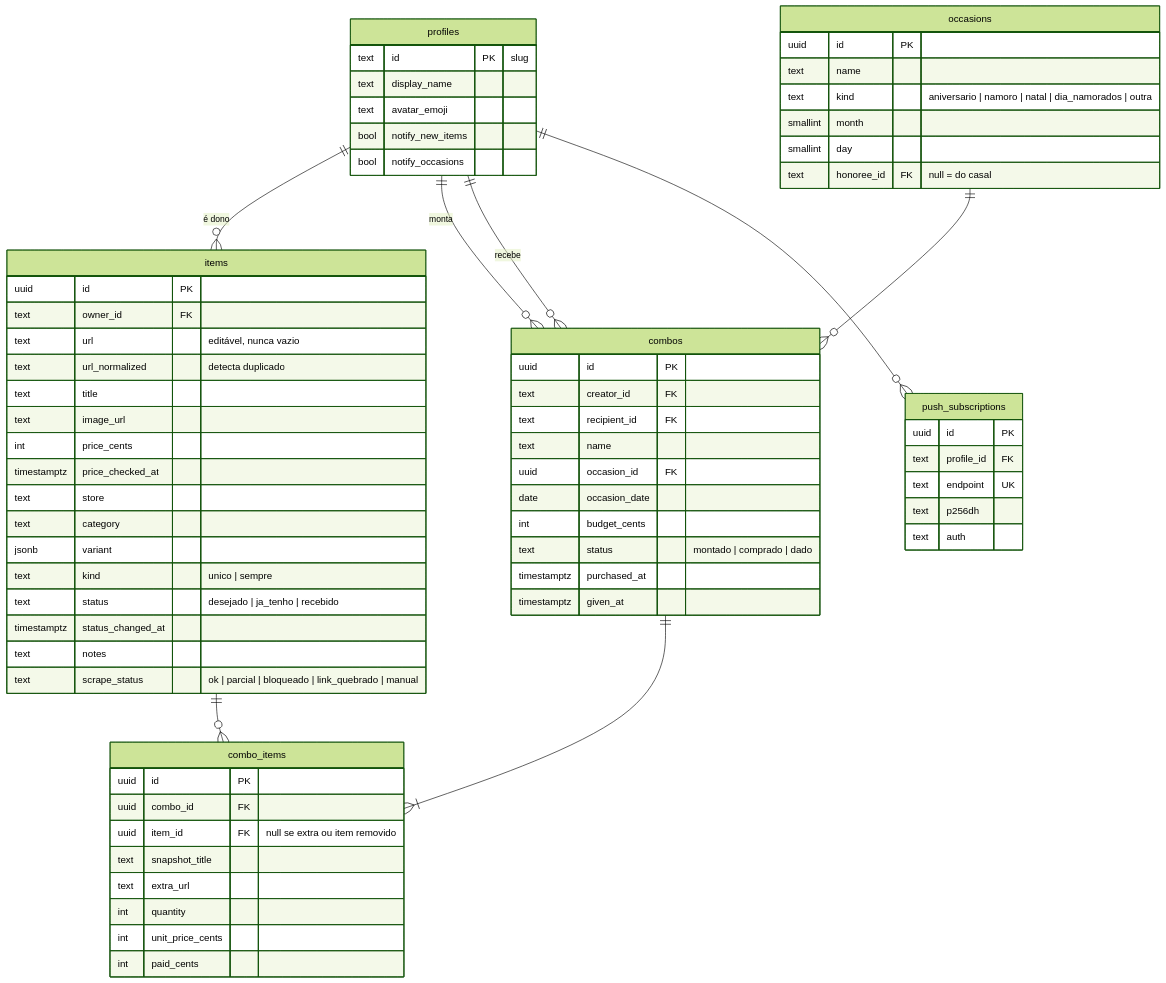
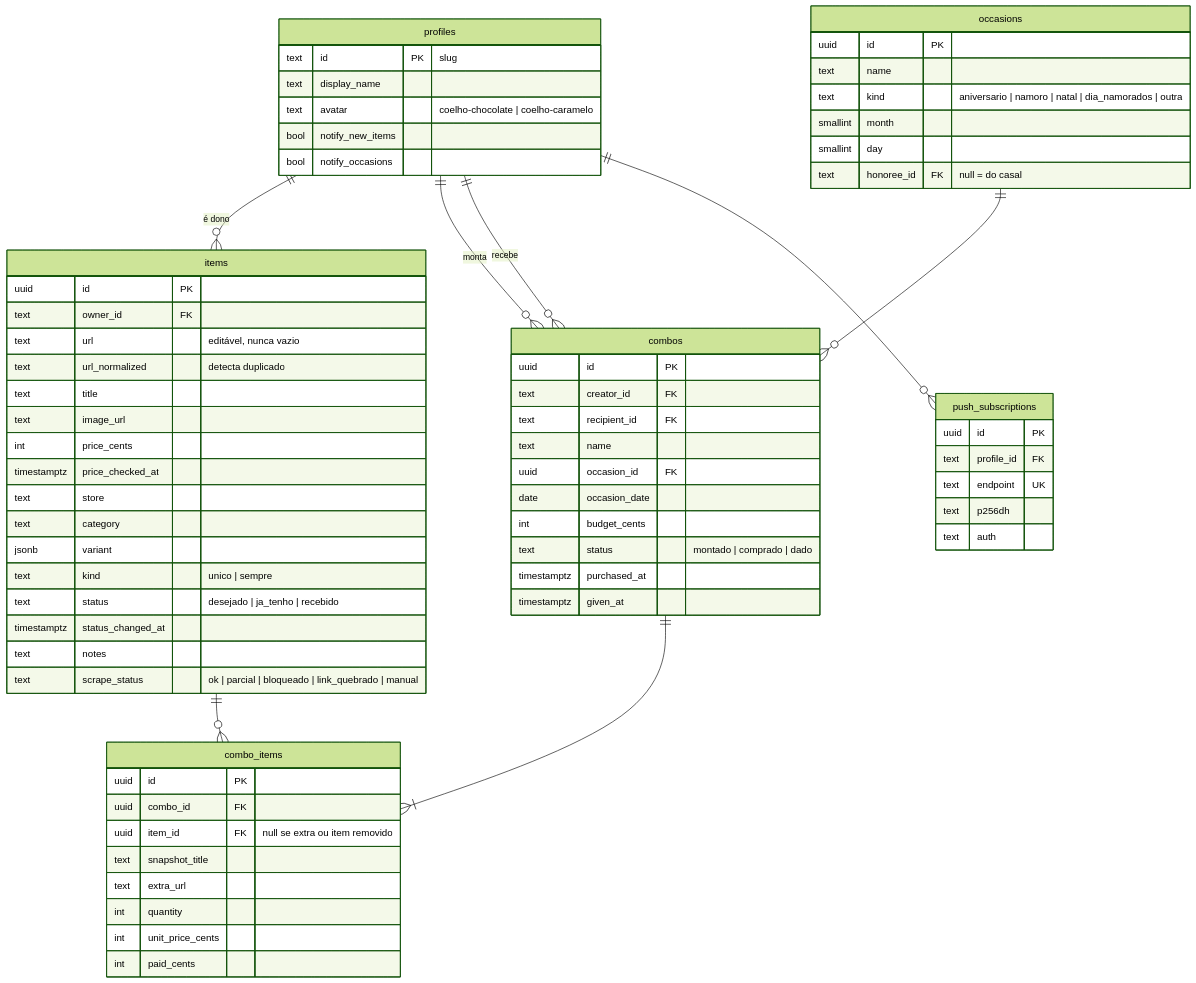
One commit to LauraPontara/love-wishlist changed the second of 3 diagrams in docs/arquitetura.md. Above: the diagram before and after it, drawn with Mermaid (forest theme). The commit also changed 3 other files, not shown here.

Commit message:
feat: avatares de coelho (chocolate e caramelo) e campo avatar no perfil

````diff
--- a/docs/arquitetura.md
+++ b/docs/arquitetura.md
@@ -59,73 +59,73 @@
 ```mermaid
 erDiagram
   profiles ||--o{ items : "é dono"
   profiles ||--o{ combos : "monta"
   profiles ||--o{ combos : "recebe"
   combos ||--|{ combo_items : ""
   items ||--o{ combo_items : ""
   occasions ||--o{ combos : ""
   profiles ||--o{ push_subscriptions : ""
 
   profiles {
     text id PK "slug"
     text display_name
-    text avatar_emoji
+    text avatar "coelho-chocolate | coelho-caramelo"
     bool notify_new_items
     bool notify_occasions
   }
   items {
     uuid id PK
     text owner_id FK
     text url "editável, nunca vazio"
     text url_normalized "detecta duplicado"
     text title
     text image_url
     int price_cents
     timestamptz price_checked_at
     text store
     text category
     jsonb variant
     text kind "unico | sempre"
     text status "desejado | ja_tenho | recebido"
     timestamptz status_changed_at
     text notes
     text scrape_status "ok | parcial | bloqueado | link_quebrado | manual"
   }
   occasions {
     uuid id PK
     text name
     text kind "aniversario | namoro | natal | dia_namorados | outra"
     smallint month
     smallint day
     text honoree_id FK "null = do casal"
   }
   combos {
     uuid id PK
     text creator_id FK
     text recipient_id FK
     text name
     uuid occasion_id FK
     date occasion_date
     int budget_cents
     text status "montado | comprado | dado"
     timestamptz purchased_at
     timestamptz given_at
   }
   combo_items {
     uuid id PK
     uuid combo_id FK
     uuid item_id FK "null se extra ou item removido"
     text snapshot_title
     text extra_url
     int quantity
     int unit_price_cents
     int paid_cents
   }
   push_subscriptions {
     uuid id PK
     text profile_id FK
     text endpoint UK
     text p256dh
     text auth
   }
 ```
````
